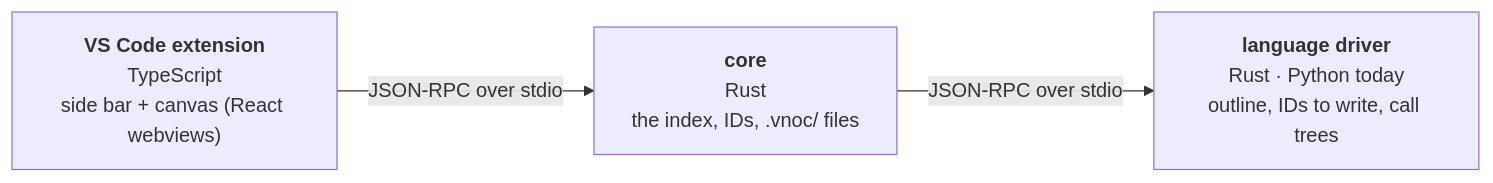
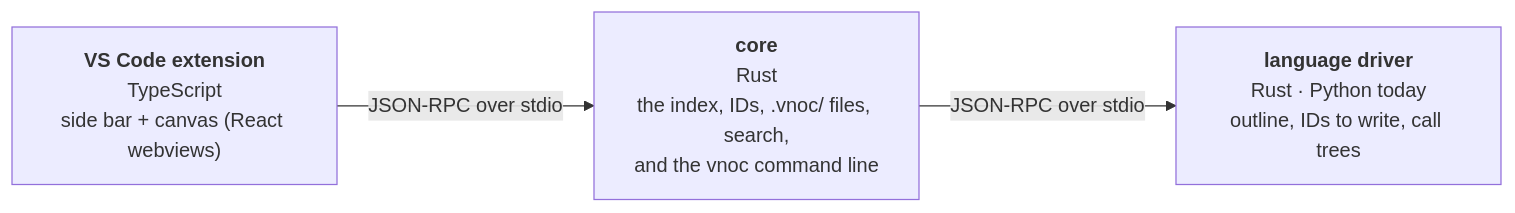
One commit to yaredtsy/vnoc changed the diagram in README.md. Above: the diagram before and after it, drawn with Mermaid. The commit also changed other lines of this file and 3 other files, not shown here.

````diff
--- a/README.md
+++ b/README.md
@@ -153,8 +398,8 @@
 ```mermaid
 flowchart LR
     ext["<b>VS Code extension</b><br/>TypeScript<br/>side bar + canvas (React webviews)"]
-    core["<b>core</b><br/>Rust<br/>the index, IDs, .vnoc/ files"]
+    core["<b>core</b><br/>Rust<br/>the index, IDs, .vnoc/ files, search,<br/>and the vnoc command line"]
     drv["<b>language driver</b><br/>Rust · Python today<br/>outline, IDs to write, call trees"]
     ext -- "JSON-RPC over stdio" --> core
     core -- "JSON-RPC over stdio" --> drv
 ```
````
